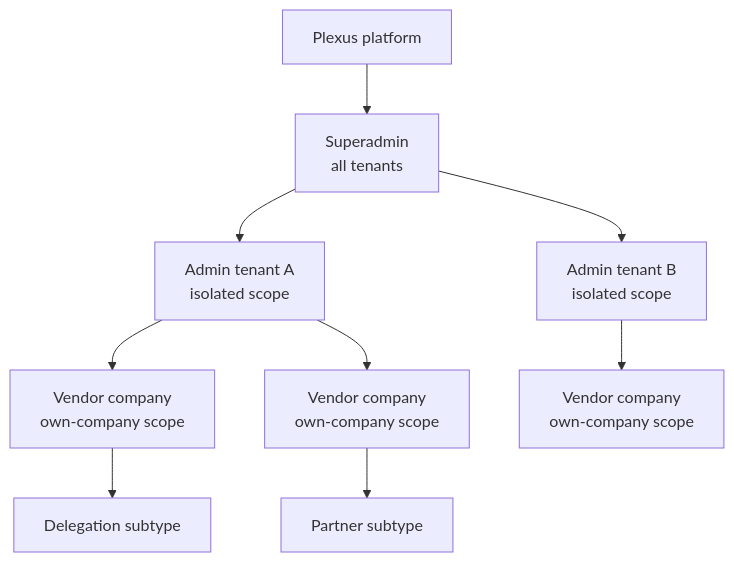
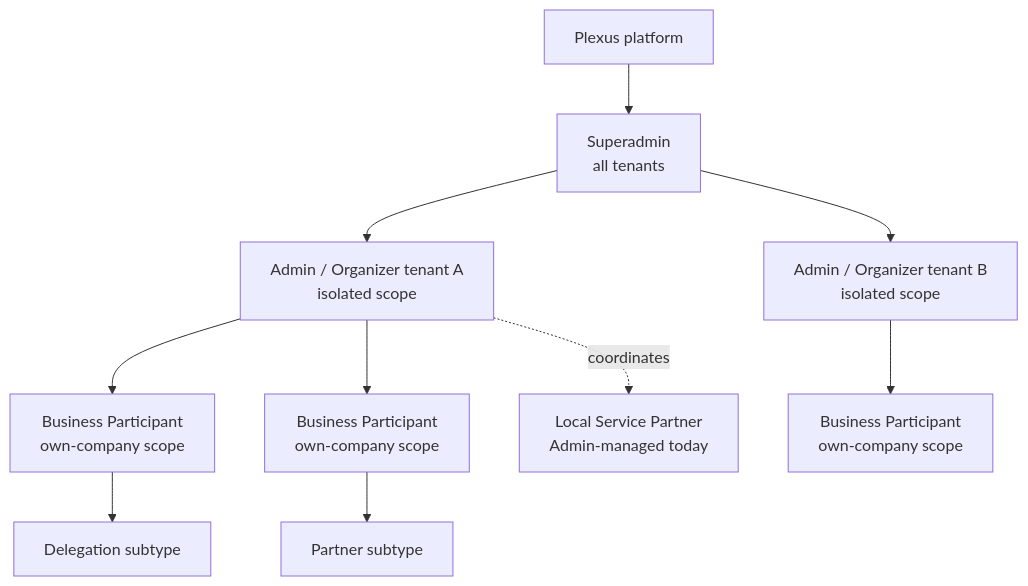
One commit to AGA-Ventures/plexus changed the first of 4 diagrams in docs/product/features-by-role-and-use-cases.md. Above: the diagram before and after it, drawn with Mermaid. The commit also changed other lines of this file and 154 other files, not shown here.

````diff
--- a/docs/product/features-by-role-and-use-cases.md
+++ b/docs/product/features-by-role-and-use-cases.md
@@ -60,11 +70,12 @@
 ```mermaid
 flowchart TD
     P["Plexus platform"] --> S["Superadmin<br/>all tenants"]
-    S --> A1["Admin tenant A<br/>isolated scope"]
-    S --> A2["Admin tenant B<br/>isolated scope"]
-    A1 --> V1["Vendor company<br/>own-company scope"]
-    A1 --> V2["Vendor company<br/>own-company scope"]
-    A2 --> V3["Vendor company<br/>own-company scope"]
-    V1 --> D["Delegation subtype"]
-    V2 --> R["Partner subtype"]
+    S --> A1["Admin / Organizer tenant A<br/>isolated scope"]
+    S --> A2["Admin / Organizer tenant B<br/>isolated scope"]
+    A1 --> B1["Business Participant<br/>own-company scope"]
+    A1 --> B2["Business Participant<br/>own-company scope"]
+    A2 --> B3["Business Participant<br/>own-company scope"]
+    B1 --> D["Delegation subtype"]
+    B2 --> R["Partner subtype"]
+    A1 -. "coordinates" .-> L1["Local Service Partner<br/>Admin-managed today"]
 ```
````
